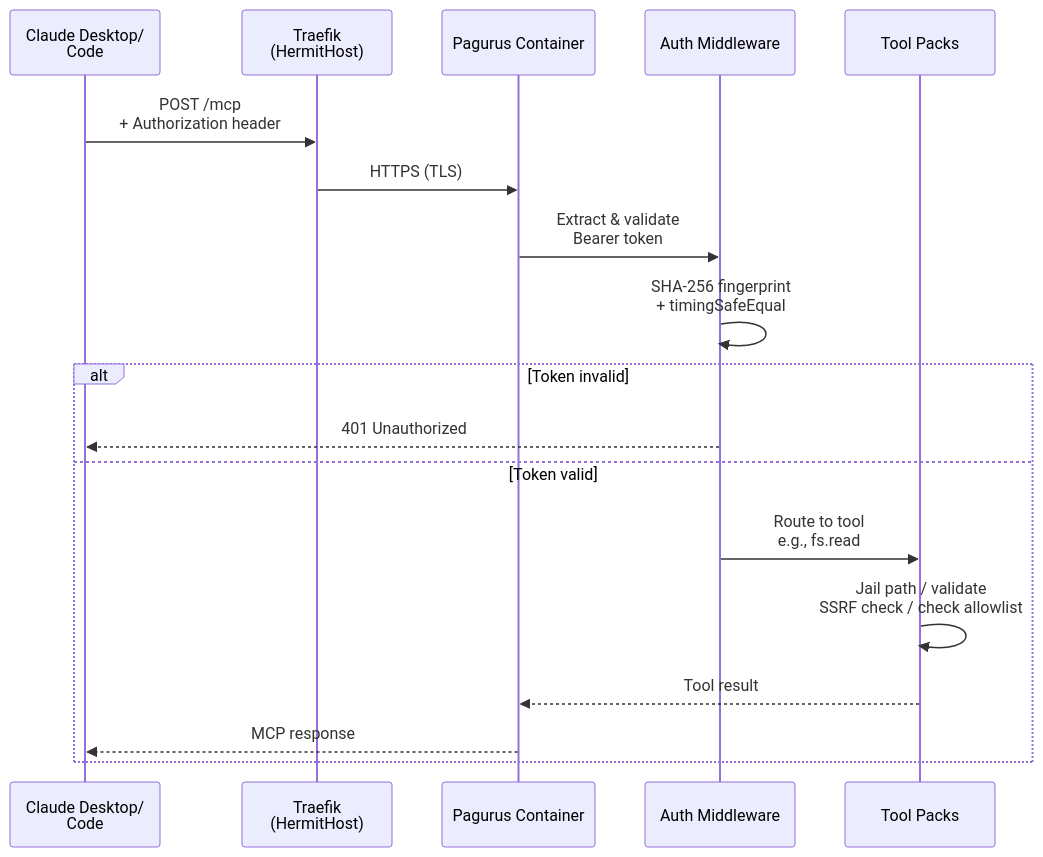
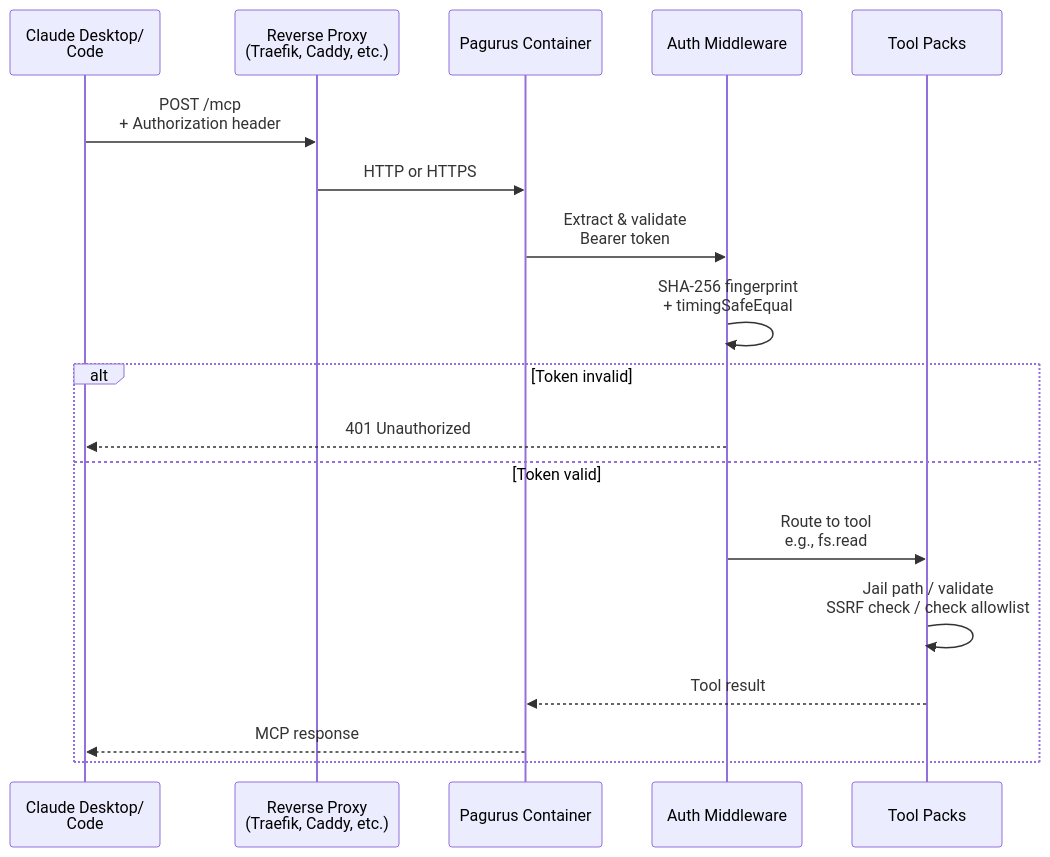
One commit to rdemeritt/pagurus changed the first of 3 diagrams in README.md. Above: the diagram before and after it, drawn with Mermaid. The commit also changed other lines of this file and 7 other files, not shown here.

````diff
--- a/README.md
+++ b/README.md
@@ -85,21 +85,21 @@
 ```mermaid
 sequenceDiagram
     participant Claude as Claude Desktop/<br/>Code
-    participant Traefik as Traefik<br/>(HermitHost)
+    participant Proxy as Reverse Proxy<br/>(Traefik, Caddy, etc.)
     participant Pagurus as Pagurus Container
     participant Auth as Auth Middleware
     participant Tools as Tool Packs
     
-    Claude->>Traefik: POST /mcp<br/>+ Authorization header
-    Traefik->>Pagurus: HTTPS (TLS)
+    Claude->>Proxy: POST /mcp<br/>+ Authorization header
+    Proxy->>Pagurus: HTTP or HTTPS
     Pagurus->>Auth: Extract & validate<br/>Bearer token
     Auth->>Auth: SHA-256 fingerprint<br/>+ timingSafeEqual
     alt Token invalid
         Auth-->>Claude: 401 Unauthorized
     else Token valid
         Auth->>Tools: Route to tool<br/>e.g., fs.read
         Tools->>Tools: Jail path / validate<br/>SSRF check / check allowlist
         Tools-->>Pagurus: Tool result
         Pagurus-->>Claude: MCP response
     end
 ```
````
